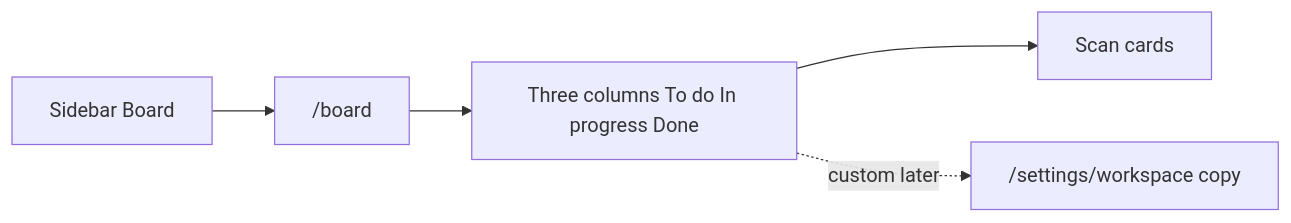
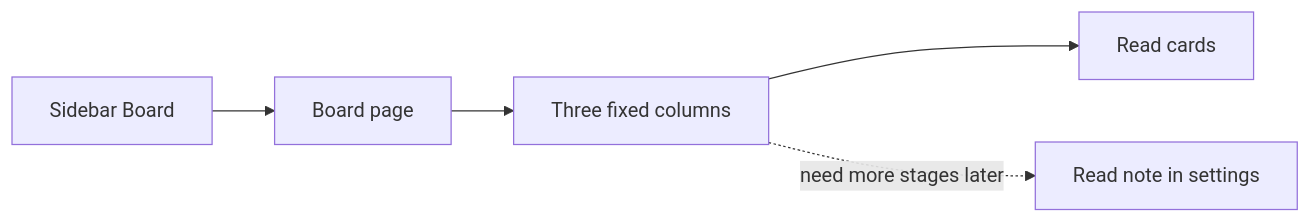
Before and after one commit to wildan-png/todoAppWorkflow-design: the seventh of 28 diagrams in research/user-journeys.md, drawn with Mermaid. The commit also changed other lines of this file, not shown here.

First line of the commit message:
docs: humanize user journey copy (Part A, steps, diagrams)

````diff
--- a/research/user-journeys.md
+++ b/research/user-journeys.md
@@ -298,7 +298,7 @@
 ```mermaid
 flowchart LR
-  N[Sidebar Board] --> B["/board"]
-  B --> C[Three columns To do In progress Done]
-  C --> V[Scan cards]
-  C -.->|custom later| S["/settings/workspace copy"]
+  N[Sidebar Board] --> B[Board page]
+  B --> C[Three fixed columns]
+  C --> V[Read cards]
+  C -.->|need more stages later| S[Read note in settings]
 ```
````
